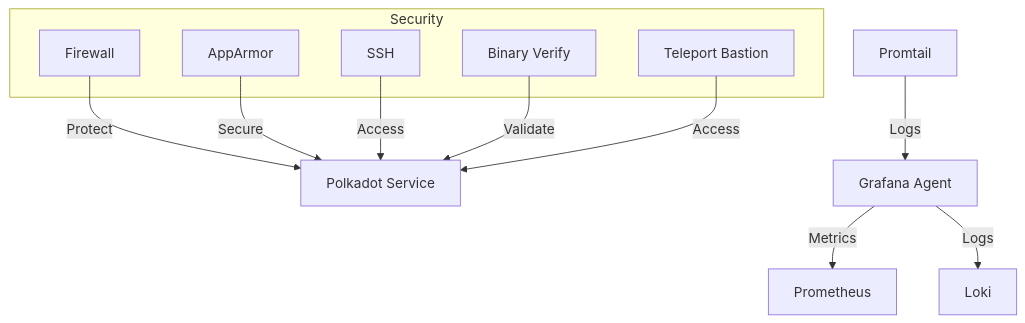
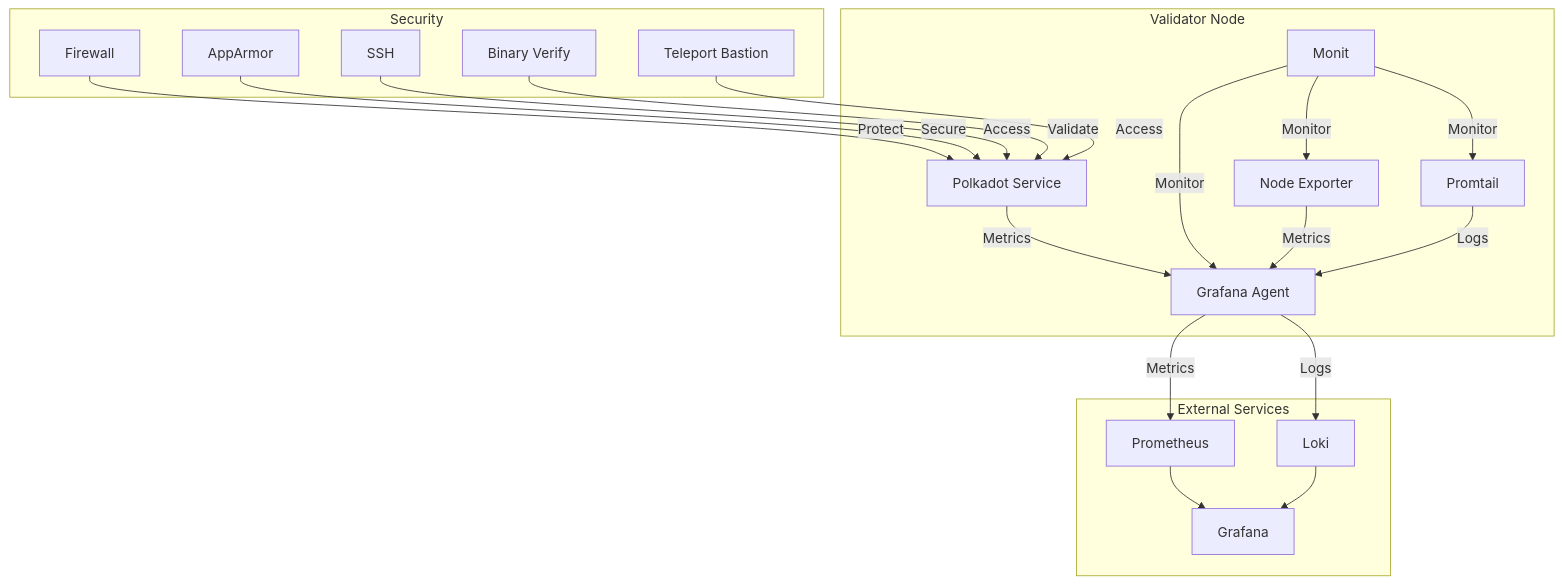
Before and after one commit to pampatzoglou/provision-validators: the first of 5 diagrams in roles/polkadot/README.md, drawn with Mermaid. The commit also changed other lines of this file and 2 other files, not shown here.

Commit message:
update README files

````diff
--- a/roles/polkadot/README.md
+++ b/roles/polkadot/README.md
@@ -7,21 +7,40 @@
 ```mermaid
 graph TD
-    A[Polkadot Service]
-    B[Grafana Agent] --> |Metrics| C[Prometheus]
-    D[Promtail] --> |Logs| B
-    B --> |Logs| E[Loki]
+    subgraph Validator Node
+        A[Polkadot Service]
+        B[Node Exporter]
+        C[Grafana Agent]
+        D[Promtail]
+        M[Monit] --> |Monitor| C
+        M --> |Monitor| B
+        M --> |Monitor| D
+    end
+
+    subgraph External Services
+        E[Prometheus]
+        F[Loki]
+        G[Grafana]
+        E --> G
+        F --> G
+    end
     
     subgraph Security
-        F[Firewall]
-        G[AppArmor]
-        H[SSH]
-        I[Binary Verify]
-        J[Teleport Bastion]
+        H[Firewall]
+        I[AppArmor]
+        J[SSH]
+        K[Binary Verify]
+        L[Teleport Bastion]
     end
 
-    F --> |Protect| A
-    G --> |Secure| A
-    H --> |Access| A
-    I --> |Validate| A
+    A --> |Metrics| C
+    B --> |Metrics| C
+    D --> |Logs| C
+    C --> |Metrics| E
+    C --> |Logs| F
+
+    H --> |Protect| A
+    I --> |Secure| A
     J --> |Access| A
+    K --> |Validate| A
+    L --> |Access| A
 ```
````
